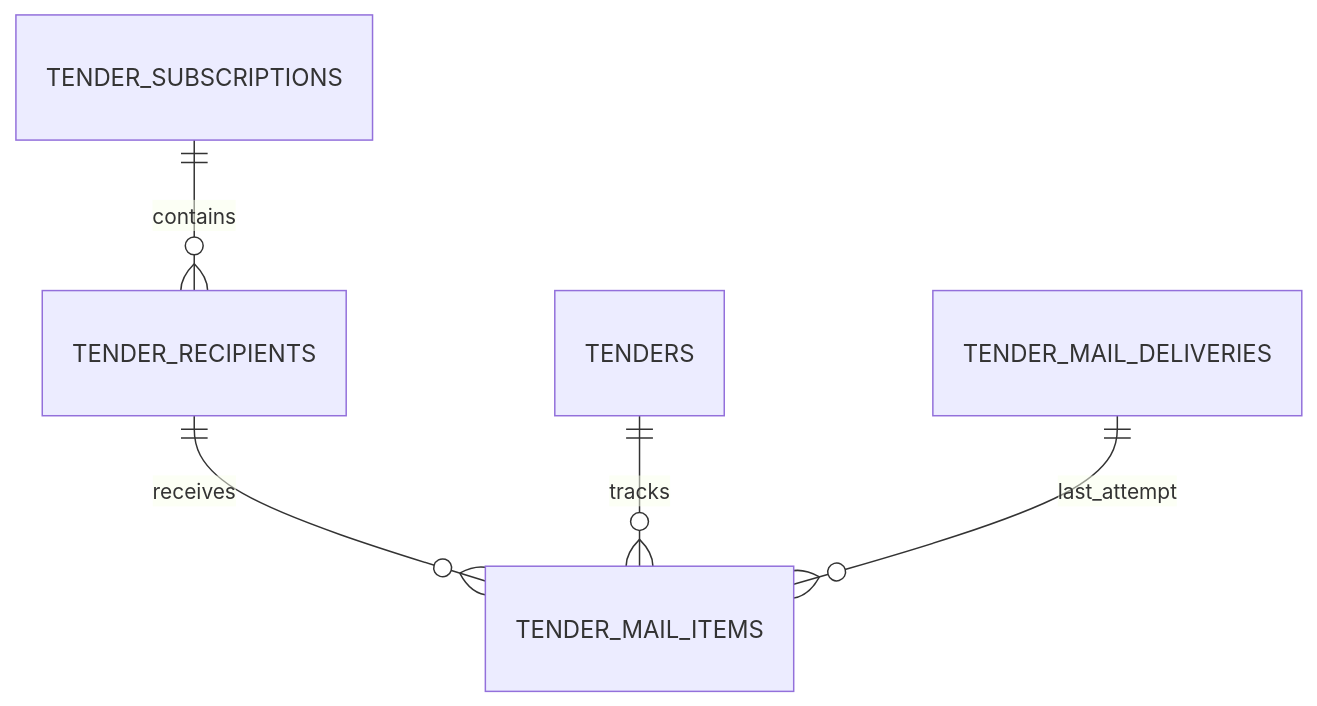
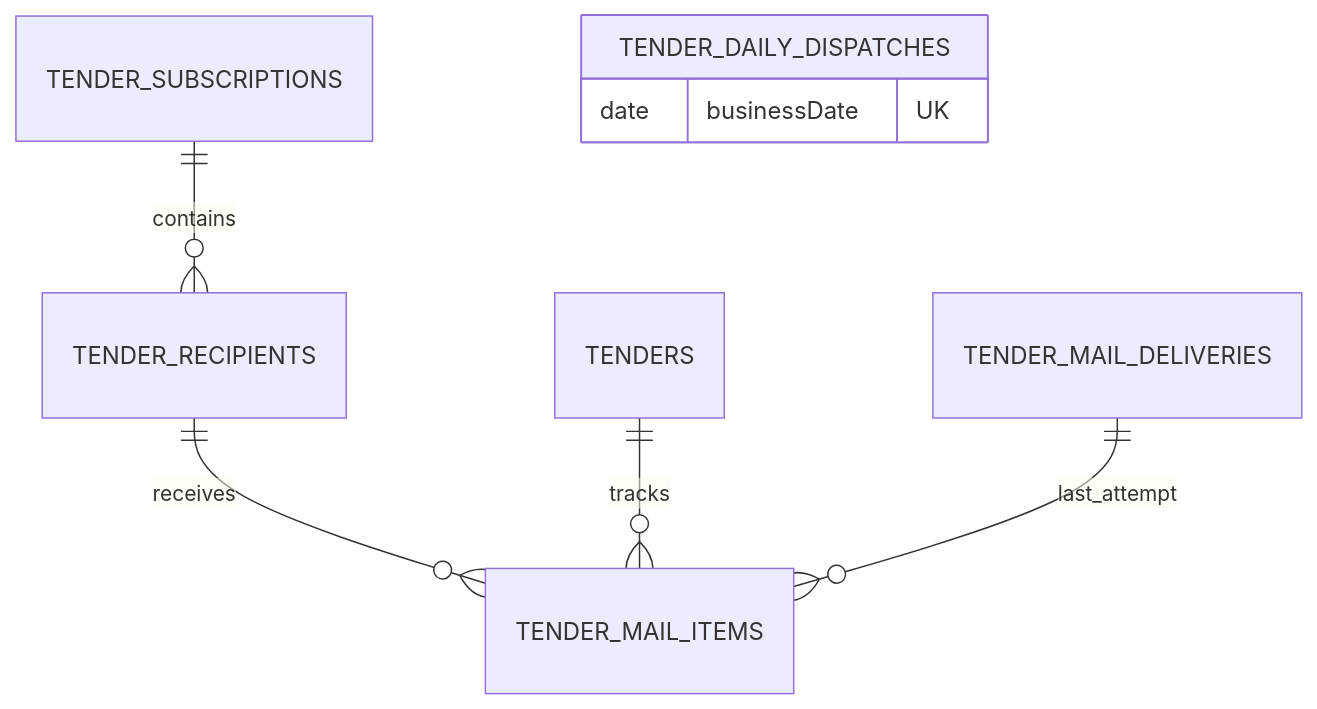
Before and after one commit to df-kjh/dfkorea-homepage: the diagram in database-schema.md, drawn with Mermaid. The commit also changed other lines of this file and 48 other files, not shown here.

````diff
--- a/database-schema.md
+++ b/database-schema.md
@@ -5,7 +5,10 @@
 ```mermaid
 erDiagram
   TENDER_SUBSCRIPTIONS ||--o{ TENDER_RECIPIENTS : contains
   TENDER_RECIPIENTS ||--o{ TENDER_MAIL_ITEMS : receives
   TENDERS ||--o{ TENDER_MAIL_ITEMS : tracks
   TENDER_MAIL_DELIVERIES ||--o{ TENDER_MAIL_ITEMS : last_attempt
+  TENDER_DAILY_DISPATCHES {
+    date businessDate UK
+  }
 ```
````
